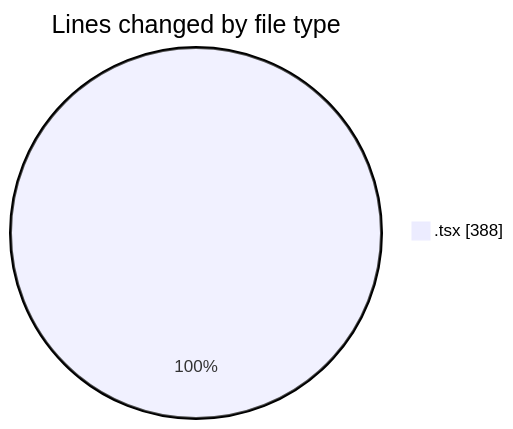
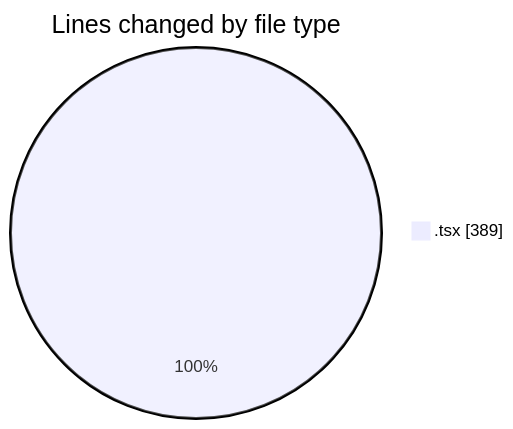
The first of 2 diagrams in 2025-02-19/termonied-web/README.md (robertbonfada/code-tracking), drawn with Mermaid before and after one commit. The commit also changed other lines of this file and 1 other file, not shown here.

````diff
--- a/2025-02-19/termonied-web/README.md
+++ b/2025-02-19/termonied-web/README.md
@@ -21,5 +21,5 @@
 ```mermaid
 pie showData
 title Lines changed by file type
-".tsx" : 388
+".tsx" : 389
 ```
````
